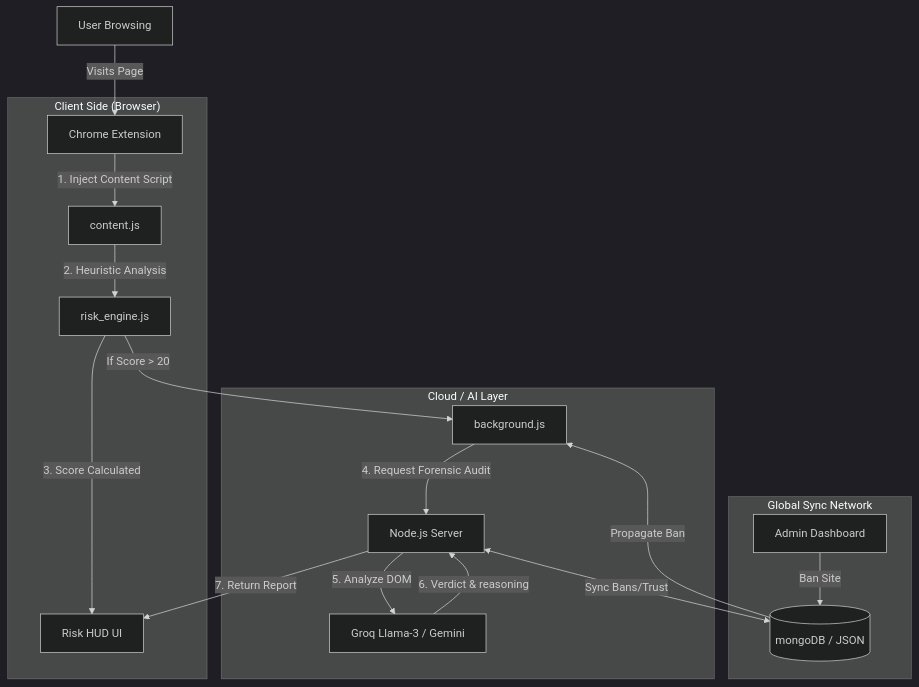
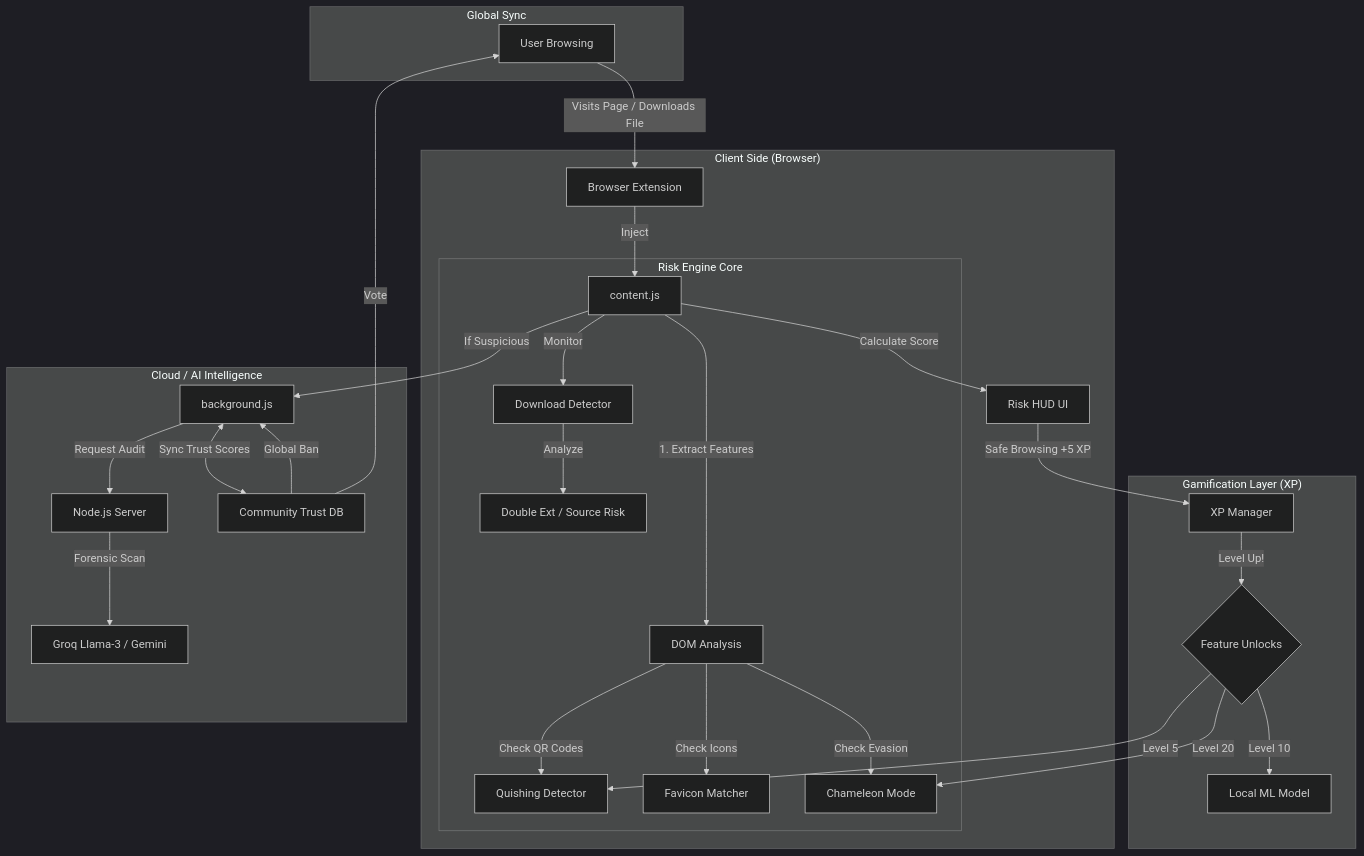
Before and after one commit to subratkumarpadhy4/PhishingShield-2.0: the first of 3 diagrams in README.md, drawn with Mermaid (dark theme). The commit also changed other lines of this file, not shown here.

Commit message:
Docs: Detailed Architecture Diagram with Gamification and Advanced Modules

````diff
--- a/README.md
+++ b/README.md
@@ -39,24 +39,40 @@
 ```mermaid
 graph TD
-    User[User Browsing] -->|Visits Page| Ext[Chrome Extension]
+    User[User Browsing] -->|Visits Page / Downloads File| Ext[Browser Extension]
     
     subgraph "Client Side (Browser)"
-        Ext -->|1. Inject Content Script| Content[content.js]
-        Content -->|2. Heuristic Analysis| Engine[risk_engine.js]
-        Engine -->|3. Score Calculated| HUD[Risk HUD UI]
+        Ext -->|Inject| Content[content.js]
+        
+        subgraph "Risk Engine Core"
+            Content -->|1. Extract Features| DOM[DOM Analysis]
+            DOM -->|Check QR Codes| QR[Quishing Detector]
+            DOM -->|Check Icons| Favicon[Favicon Matcher]
+            DOM -->|Check Evasion| Cham[Chameleon Mode]
+            
+            Content -->|Monitor| DL[Download Detector]
+            DL -->|Analyze| DLExt[Double Ext / Source Risk]
+        end
+        
+        Content -->|Calculate Score| HUD[Risk HUD UI]
     end
     
-    subgraph "Cloud / AI Layer"
-        Engine -->|If Score > 20| BG[background.js]
-        BG -->|4. Request Forensic Audit| Server[Node.js Server]
-        Server -->|5. Analyze DOM| LLM[Groq Llama-3 / Gemini]
-        LLM -->|6. Verdict & reasoning| Server
-        Server -->|7. Return Report| HUD
+    subgraph "Gamification Layer (XP)"
+        HUD -->|Safe Browsing +5 XP| XP[XP Manager]
+        XP -->|Level Up!| Unlocks{Feature Unlocks}
+        Unlocks -->|Level 5| QR
+        Unlocks -->|Level 10| ML[Local ML Model]
+        Unlocks -->|Level 20| Cham
     end
     
-    subgraph "Global Sync Network"
-        Server <-->|Sync Bans/Trust| DB[(mongoDB / JSON)]
-        Admin[Admin Dashboard] -->|Ban Site| DB
-        DB -->|Propagate Ban| BG
+    subgraph "Cloud / AI Intelligence"
+        Content -->|If Suspicious| BG[background.js]
+        BG -->|Request Audit| Server[Node.js Server]
+        Server -->|Forensic Scan| LLM[Groq Llama-3 / Gemini]
+        BG <-->|Sync Trust Scores| Trust[Community Trust DB]
+    end
+    
+    subgraph "Global Sync"
+        Trust -->|Global Ban| BG
+        Trust -->|Vote| User
     end
 ```
````
